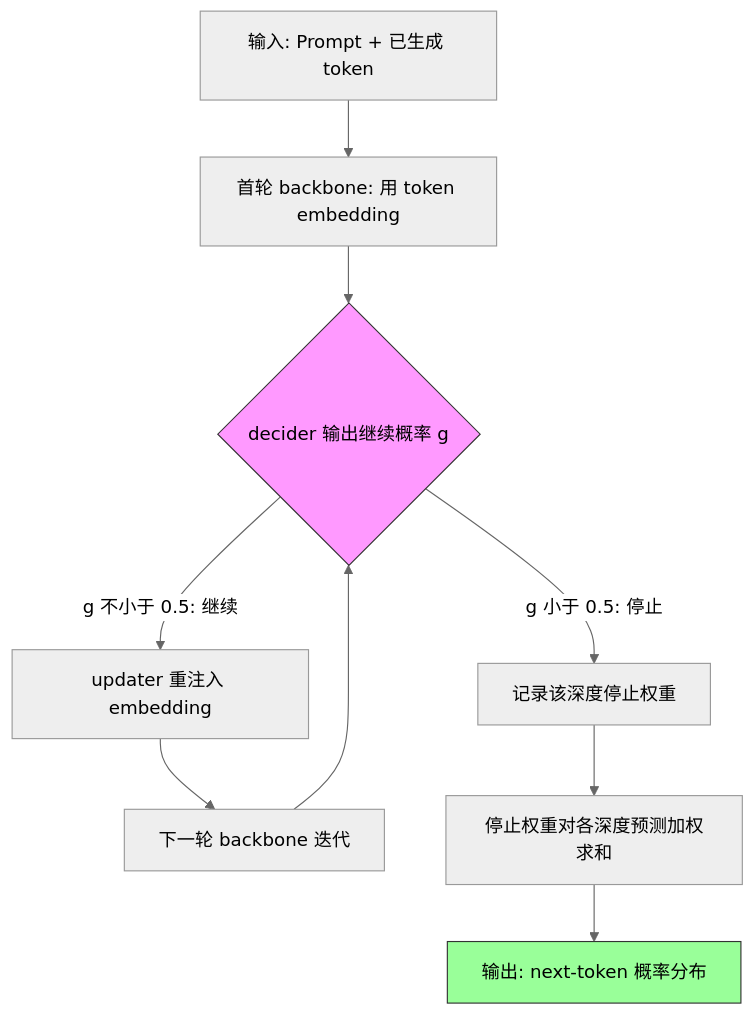
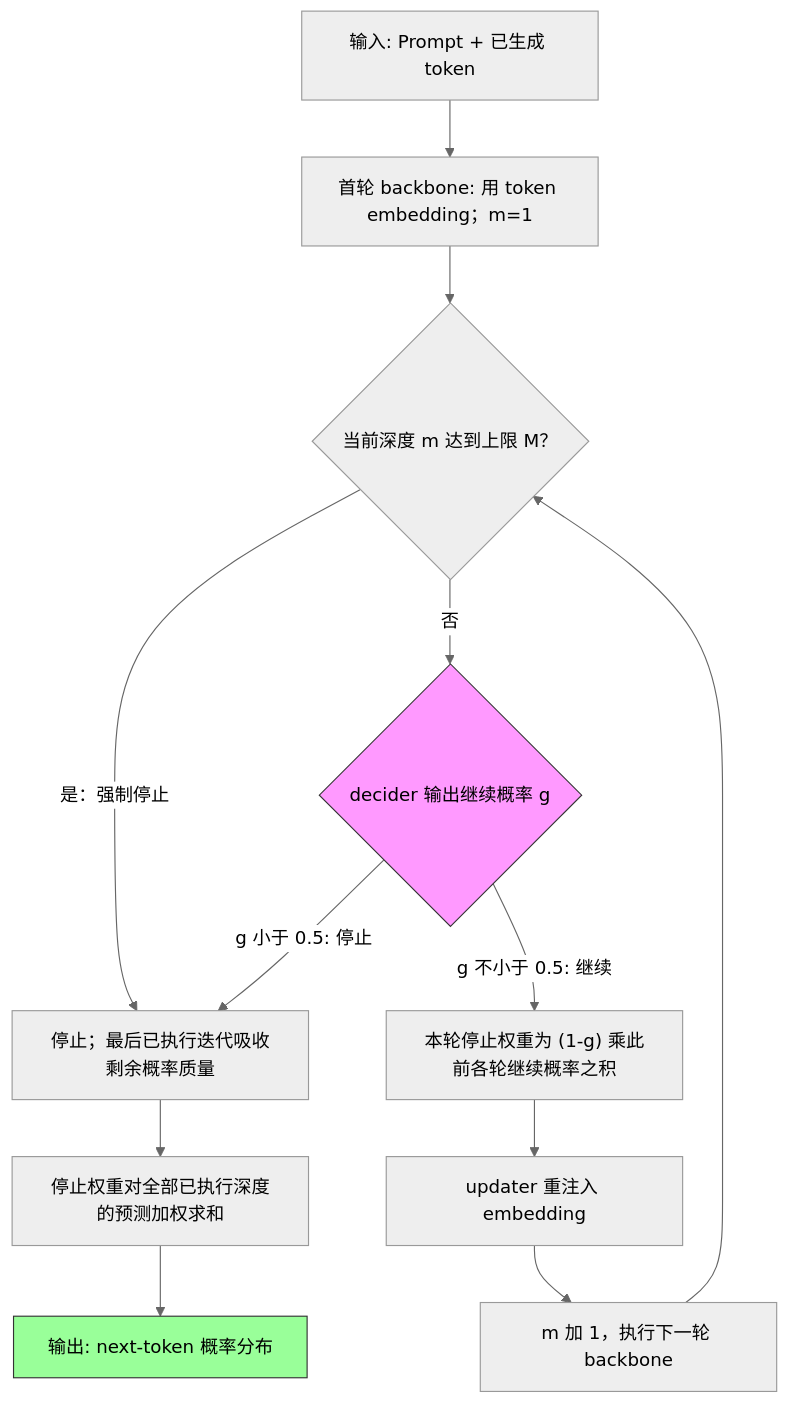
Before and after one commit to Haohaha-11/Paper-Reading-from-eason: the diagram in topics/Uncategorized/[Arxiv] IMPROVING TEST-TIME SCALING WITH ADAPTIVE LOOPED TRANSFORMERS/README.md, drawn with Mermaid (neutral theme). The commit also changed other lines of this file and 2 other files, not shown here.

Commit message:
feat(read): AI 批读 topics/Uncategorized/[Arxiv] IMPROVING TEST-TIME SCALING WITH ADAPTIVE LOOPED TRANSFORMERS

````diff
--- a/topics/Uncategorized/[Arxiv] IMPROVING TEST-TIME SCALING WITH ADAPTIVE LOOPED TRANSFORMERS/README.md
+++ b/topics/Uncategorized/[Arxiv] IMPROVING TEST-TIME SCALING WITH ADAPTIVE LOOPED TRANSFORMERS/README.md
@@ -77,13 +77,16 @@
 ```mermaid
 flowchart TD
-    A["输入: Prompt + 已生成 token"] --> B["首轮 backbone: 用 token embedding"]
-    B --> C{"decider 输出继续概率 g"}
-    C -->|"g 小于 0.5: 停止"| D["记录该深度停止权重"]
-    C -->|"g 不小于 0.5: 继续"| E["updater 重注入 embedding"]
-    E --> F["下一轮 backbone 迭代"]
-    F --> C
-    D --> G["停止权重对各深度预测加权求和"]
+    A["输入: Prompt + 已生成 token"] --> B["首轮 backbone: 用 token embedding；m=1"]
+    B --> L{"当前深度 m 达到上限 M？"}
+    L -->|"是：强制停止"| D["停止；最后已执行迭代吸收剩余概率质量"]
+    L -->|"否"| C{"decider 输出继续概率 g"}
+    C -->|"g 小于 0.5: 停止"| D
+    C -->|"g 不小于 0.5: 继续"| W["本轮停止权重为 (1-g) 乘此前各轮继续概率之积"]
+    W --> E["updater 重注入 embedding"]
+    E --> F["m 加 1，执行下一轮 backbone"]
+    F --> L
+    D --> G["停止权重对全部已执行深度的预测加权求和"]
     G --> H["输出: next-token 概率分布"]
     style C fill:#f9f,stroke:#333
     style H fill:#9f9,stroke:#333
 ```
````
